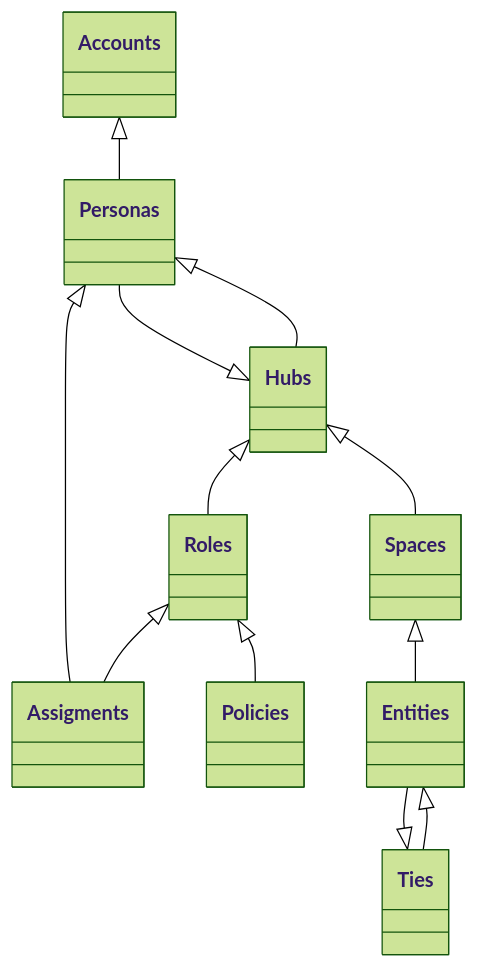
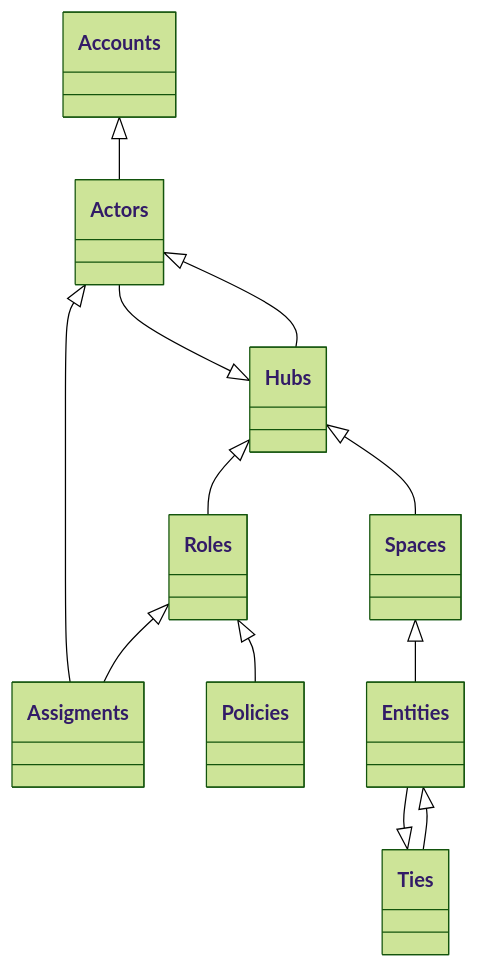
One commit to getloom/loom changed the diagram in src/docs/data-model.md. Above: the diagram before and after it, drawn with Mermaid (forest theme). The commit also changed 4 other files, not shown here.

````diff
--- a/src/docs/data-model.md
+++ b/src/docs/data-model.md
@@ -5,14 +5,14 @@
 ```mermaid
     classDiagram
-        Accounts <|-- Personas
-        Personas <|-- Hubs
-        Hubs <|-- Personas
+        Accounts <|-- Actors
+        Actors <|-- Hubs
+        Hubs <|-- Actors
         Hubs <|-- Roles
         Roles <|-- Assigments
-        Personas <|-- Assigments
+        Actors <|-- Assigments
         Roles <|-- Policies
         Hubs <|-- Spaces
         Spaces <|-- Entities
         Entities <|-- Ties
         Ties <|-- Entities
 ```
````
